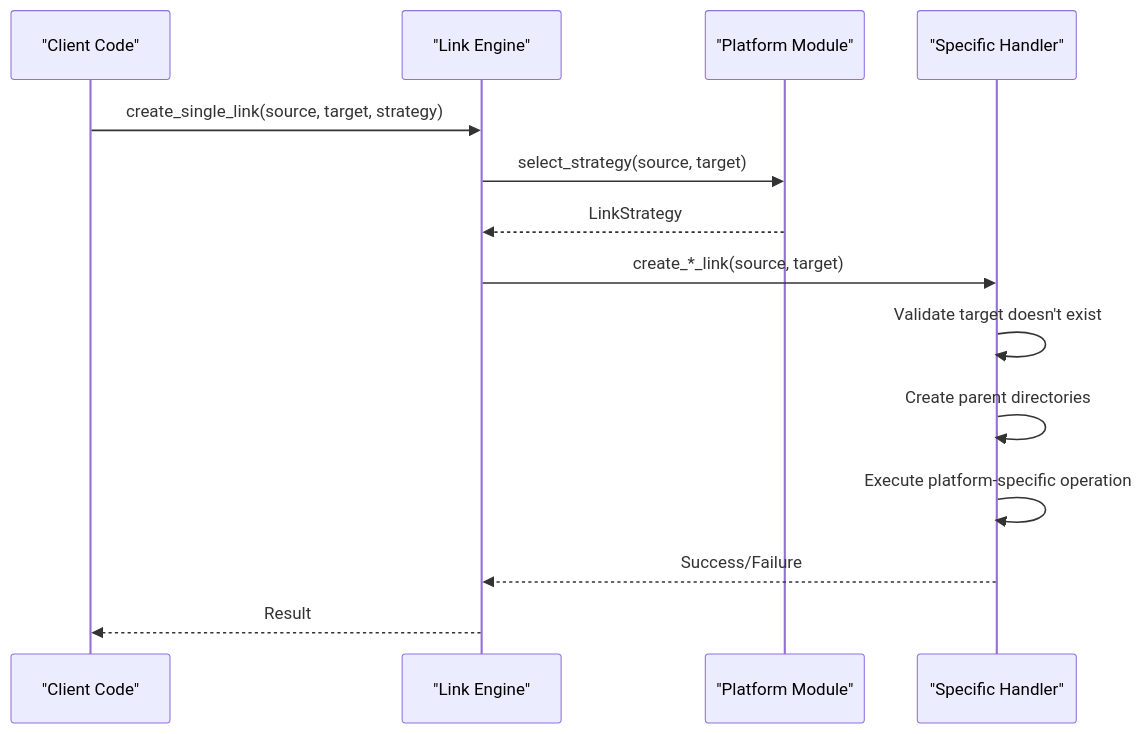
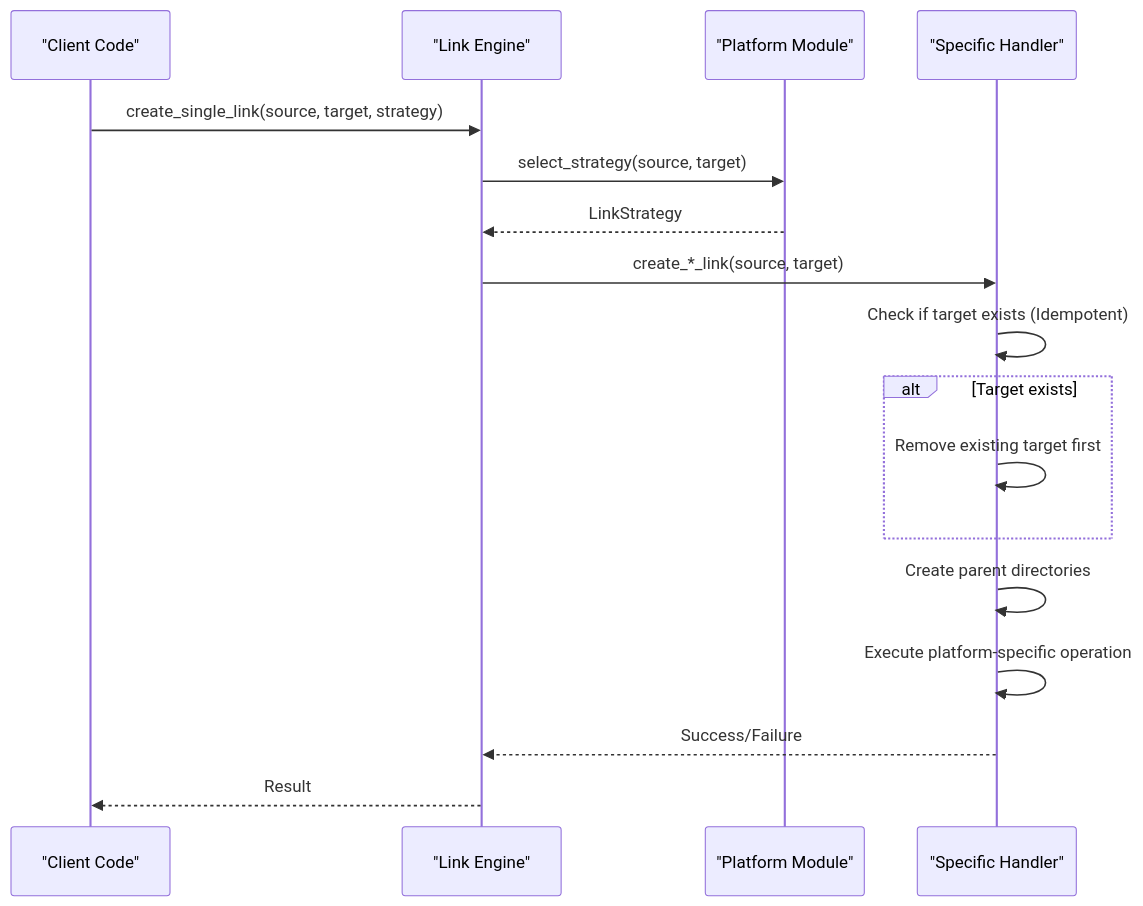
Before and after one commit to HWH-2019/vdw: the fifth of 6 diagrams in .qoder/repowiki/en/content/Core Features Documentation/Link Engine & Logical Workspace Construction.md, drawn with Mermaid. The commit also changed other lines of this file and 14 other files, not shown here.

````diff
--- a/.qoder/repowiki/en/content/Core Features Documentation/Link Engine & Logical Workspace Construction.md
+++ b/.qoder/repowiki/en/content/Core Features Documentation/Link Engine & Logical Workspace Construction.md
@@ -240,16 +249,19 @@
 ```mermaid
 sequenceDiagram
 participant Client as "Client Code"
 participant Engine as "Link Engine"
 participant Platform as "Platform Module"
 participant Handler as "Specific Handler"
 Client->>Engine : create_single_link(source, target, strategy)
 Engine->>Platform : select_strategy(source, target)
 Platform-->>Engine : LinkStrategy
 Engine->>Handler : create_*_link(source, target)
-Handler->>Handler : Validate target doesn't exist
+Handler->>Handler : Check if target exists (Idempotent)
+alt Target exists
+Handler->>Handler : Remove existing target first
+end
 Handler->>Handler : Create parent directories
 Handler->>Handler : Execute platform-specific operation
 Handler-->>Engine : Success/Failure
 Engine-->>Client : Result
 ```
````
